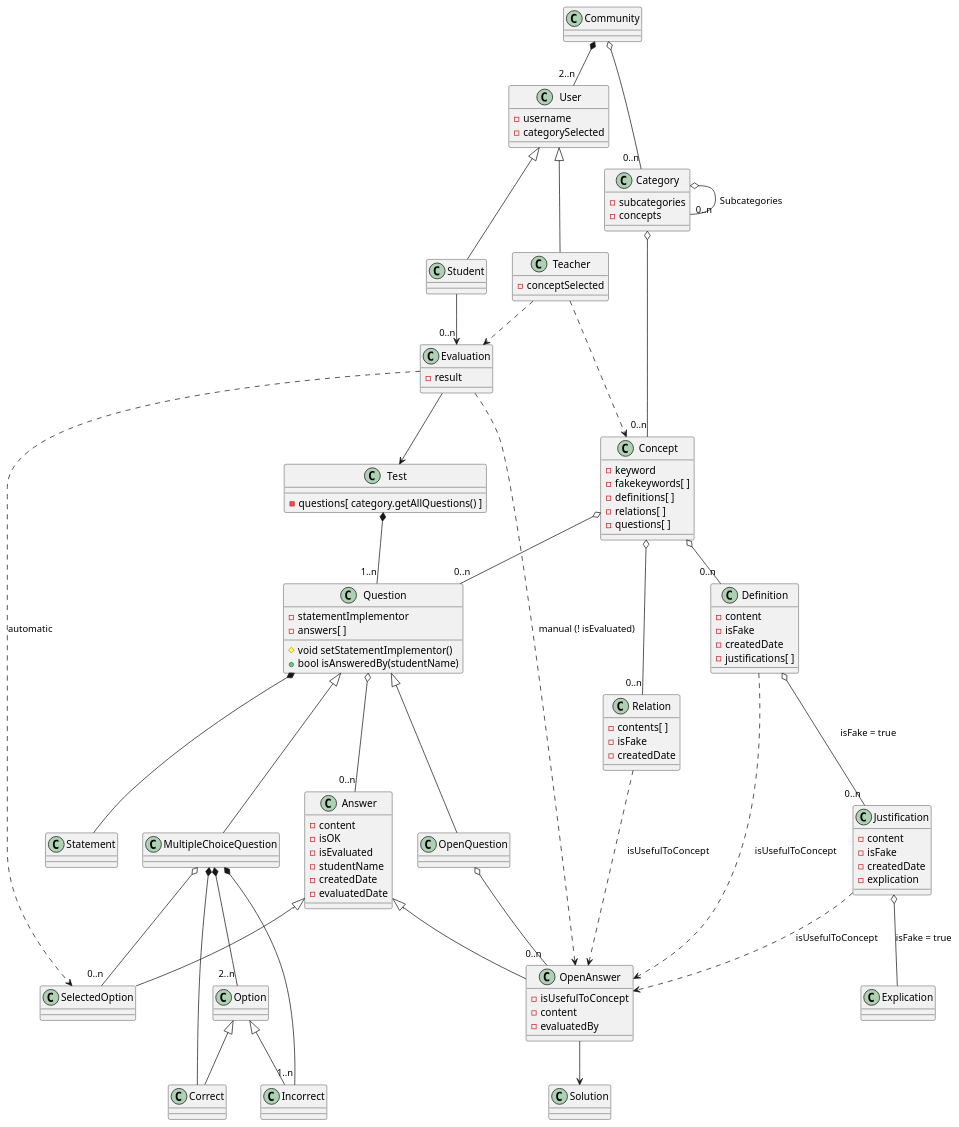
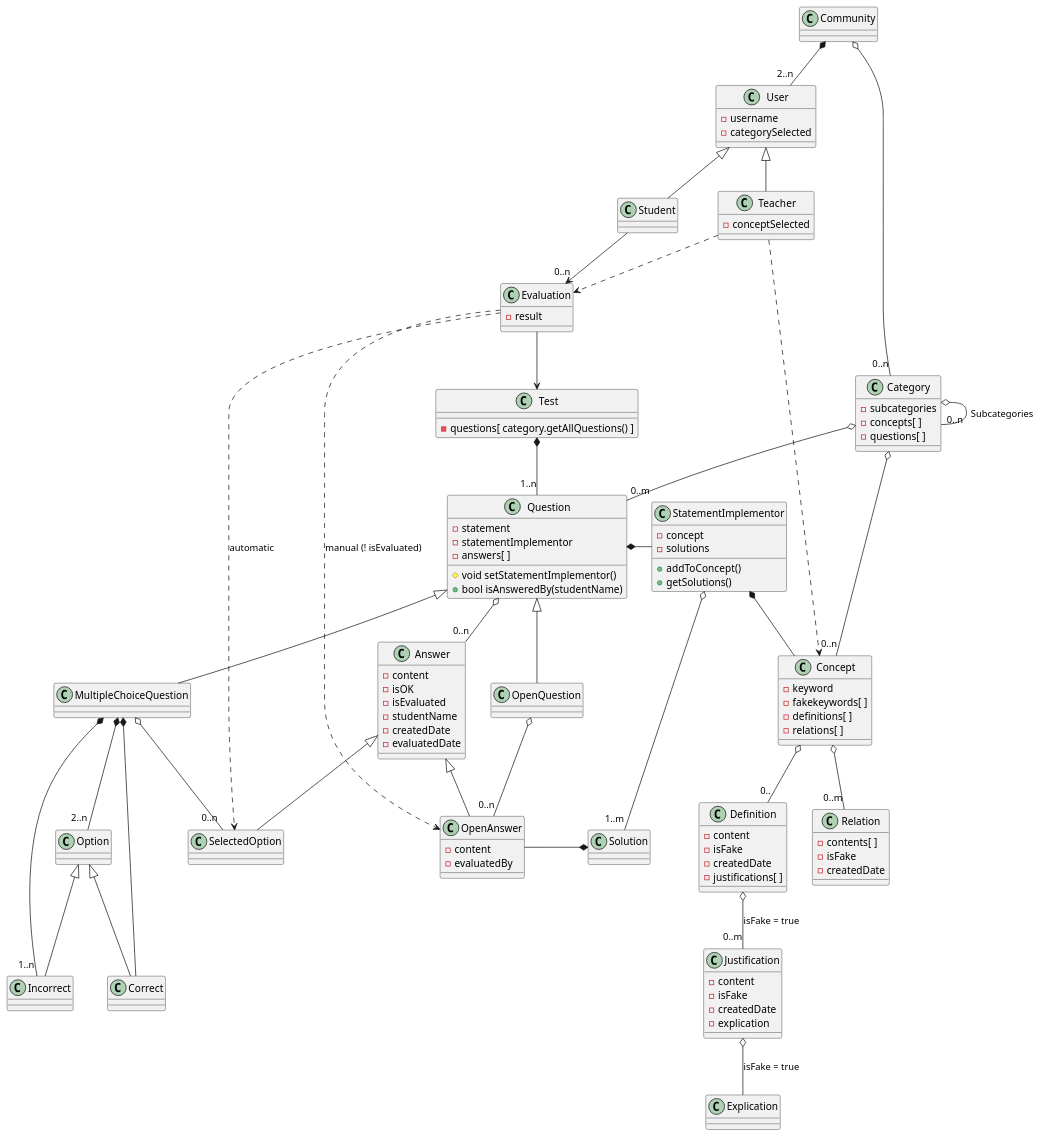
One commit to Joselon/ProyectoOpoTest changed the diagram in doc/dominio_clases.puml. Above: the diagram before and after it, drawn with PlantUML. The commit also changed 3 other files, not shown here.

Commit message:
Revision Clase 13 diagramas

```diff
--- a/doc/dominio_clases.puml
+++ b/doc/dominio_clases.puml
@@ -1,142 +1,146 @@
 @startuml OpoTestDomain
 
 class Community
 
 class User {
     - username
     - categorySelected
 }
 
 class Teacher {
     -conceptSelected
 }
 
 class Student
 
 class Evaluation {
     - result
 }
 
 class Category {
-    -subcategories
-    -concepts
+    - subcategories
+    - concepts[ ]
+    - questions[ ]
 }
 
 class Test {
     - questions[ category.getAllQuestions() ]
 }
 
 class Concept {
     - keyword
     - fakekeywords[ ]
     - definitions[ ]
     - relations[ ]
-    - questions[ ]
+    
 }
 
 class Definition {
     - content
     - isFake
     - createdDate
     - justifications[ ]
 }
 
 class Justification {
     - content
     - isFake
     - createdDate
     - explication
 }
 
 class Relation {
     - contents[ ]
     - isFake
     - createdDate
 }
 
 class Question {
+    - statement
     - statementImplementor
     - answers[ ]
     # void setStatementImplementor()
     + bool isAnsweredBy(studentName)
 }
 
-class Statement
+class StatementImplementor {
+    - concept
+    - solutions
+    + addToConcept()
+    + getSolutions()
+}
 
 class Answer {
     - content
     - isOK
     - isEvaluated
     - studentName
     - createdDate
     - evaluatedDate
 }
 
 class MultipleChoiceQuestion
 
 class OpenQuestion
 
 class Option
 
 class Correct
 
 Class Incorrect
 
 class OpenAnswer {
-    - isUsefulToConcept
     - content
     - evaluatedBy
 }
 
 Class SelectedOption {
 
 }
-
 
 Community *--"2..n" User
 Community o--"0..n" Category
 
 Category o--"0..n" Category : Subcategories
 
 User <|-- Teacher
 User <|-- Student
 
 Teacher ..> Concept
 Category o--"0..n" Concept
-'Concept --o Category
-Concept o--"0..n" Question
-'Question --o Concept
-Concept o--"0..n" Definition
-Definition o--"0..n" Justification: isFake = true
+Category o--"0..m" Question
+StatementImplementor *-- Concept
+Concept o--"0.." Definition
+Definition o--"0..m" Justification: isFake = true
 Justification o-- Explication: isFake = true
-Concept o--"0..n" Relation
+Concept o--"0..m" Relation
 
 Student -->"0..n" Evaluation
 Evaluation --> Test
 
 Teacher ..> Evaluation
-Definition ..> OpenAnswer :isUsefulToConcept
-Justification ..> OpenAnswer :isUsefulToConcept
-Relation ..> OpenAnswer :isUsefulToConcept
+'Definition ..> OpenAnswer :isUsefulToConcept
+'Justification ..> OpenAnswer :isUsefulToConcept
+'Relation ..> OpenAnswer :isUsefulToConcept
 
 Evaluation ..> OpenAnswer : manual (! isEvaluated)
 Evaluation ..> SelectedOption : automatic
 
 Test *--"1..n" Question
 Question <|-- MultipleChoiceQuestion
 Question <|-- OpenQuestion
-Question *--   Statement
+Question *-  StatementImplementor
 MultipleChoiceQuestion *--"2..n" Option
 Option <|-- Incorrect
 Option <|-- Correct
 MultipleChoiceQuestion *-- Correct
 MultipleChoiceQuestion *--"1..n" Incorrect
 MultipleChoiceQuestion o--"0..n" SelectedOption
 OpenQuestion o--"0..n" OpenAnswer
 Question o--"0..n" Answer
 Answer <|-- OpenAnswer
 Answer <|-- SelectedOption
-OpenAnswer --> Solution
-
+OpenAnswer -* Solution
+StatementImplementor o--"1..m" Solution
 
 @enduml
```
